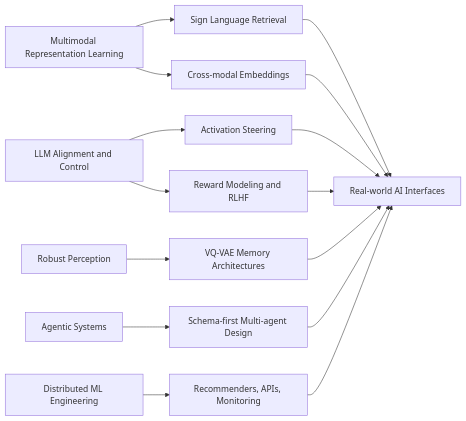
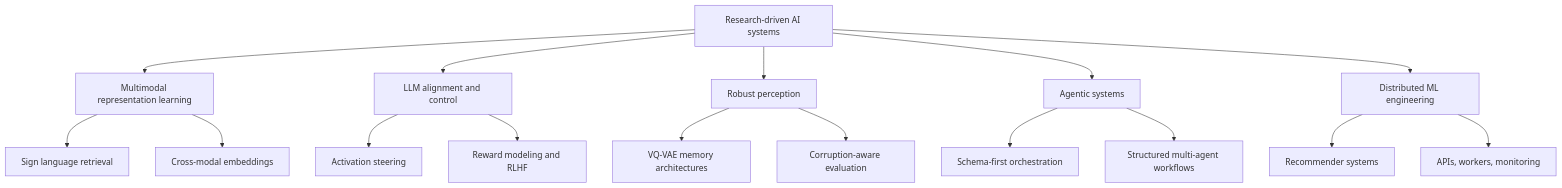
The diagram in README.md (nakato156/nakato156), drawn with Mermaid before and after one commit. The commit also changed other lines of this file, not shown here.

Commit message:
Update research map and GitHub activity section

````diff
--- a/README.md
+++ b/README.md
@@ -27,18 +27,23 @@
 ```mermaid
-flowchart LR
-    A[Multimodal Representation Learning] --> B[Sign Language Retrieval]
-    A --> C[Cross-modal Embeddings]
-    D[LLM Alignment and Control] --> E[Activation Steering]
-    D --> F[Reward Modeling and RLHF]
-    G[Robust Perception] --> H[VQ-VAE Memory Architectures]
-    I[Agentic Systems] --> J[Schema-first Multi-agent Design]
-    K[Distributed ML Engineering] --> L[Recommenders, APIs, Monitoring]
+flowchart TD
+    A[Research-driven AI systems] --> B[Multimodal representation learning]
+    A --> C[LLM alignment and control]
+    A --> D[Robust perception]
+    A --> E[Agentic systems]
+    A --> F[Distributed ML engineering]
 
-    B --> M[Real-world AI Interfaces]
-    C --> M
-    E --> M
-    F --> M
-    H --> M
-    J --> M
-    L --> M
+    B --> B1[Sign language retrieval]
+    B --> B2[Cross-modal embeddings]
+
+    C --> C1[Activation steering]
+    C --> C2[Reward modeling and RLHF]
+
+    D --> D1[VQ-VAE memory architectures]
+    D --> D2[Corruption-aware evaluation]
+
+    E --> E1[Schema-first orchestration]
+    E --> E2[Structured multi-agent workflows]
+
+    F --> F1[Recommender systems]
+    F --> F2[APIs, workers, monitoring]
 ```
````
